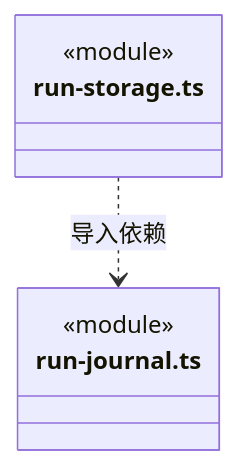
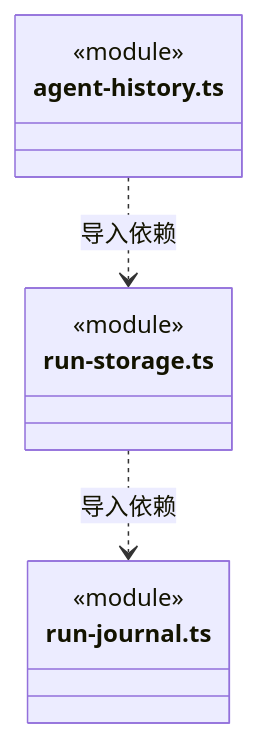
The eighth of 8 diagrams in src/backend/main/persistence/tasks/ARCHITECTURE.md (nan023062/cbim), drawn with Mermaid before and after one commit. The commit also changed other lines of this file and 240 other files, not shown here.

````diff
--- a/src/backend/main/persistence/tasks/ARCHITECTURE.md
+++ b/src/backend/main/persistence/tasks/ARCHITECTURE.md
@@ -140,10 +204,14 @@
 ```mermaid
 classDiagram
+class N_src_backend_main_persistence_tasks_agent_history_ts["agent-history.ts"] {
+  <<module>>
+}
 class N_src_backend_main_persistence_tasks_run_storage_ts["run-storage.ts"] {
   <<module>>
 }
 class N_src_backend_main_persistence_tasks_run_journal_ts["run-journal.ts"] {
   <<module>>
 }
+N_src_backend_main_persistence_tasks_agent_history_ts ..> N_src_backend_main_persistence_tasks_run_storage_ts : 导入依赖
 N_src_backend_main_persistence_tasks_run_storage_ts ..> N_src_backend_main_persistence_tasks_run_journal_ts : 导入依赖
 ```
````
